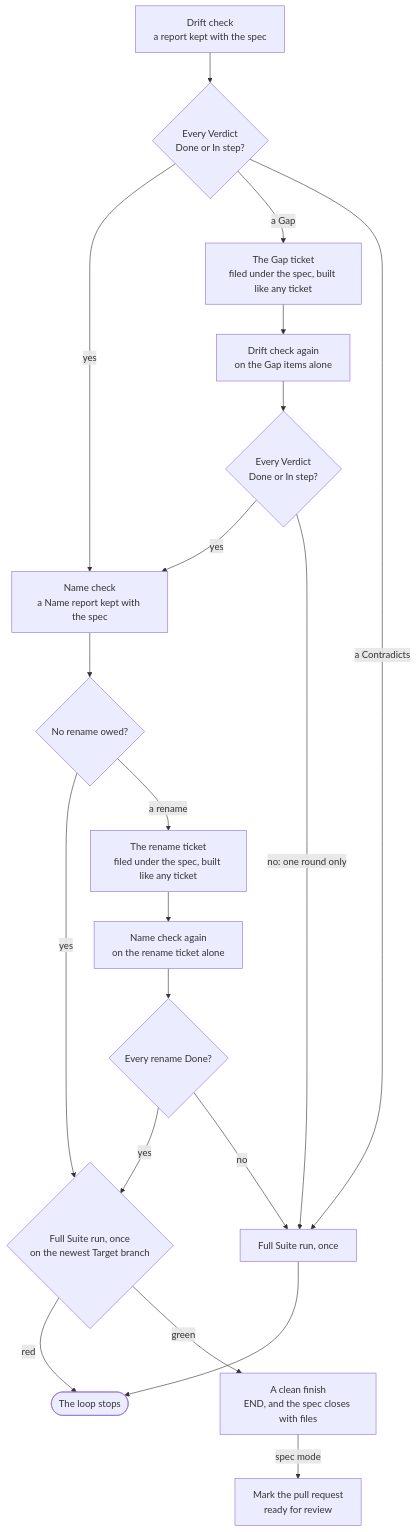
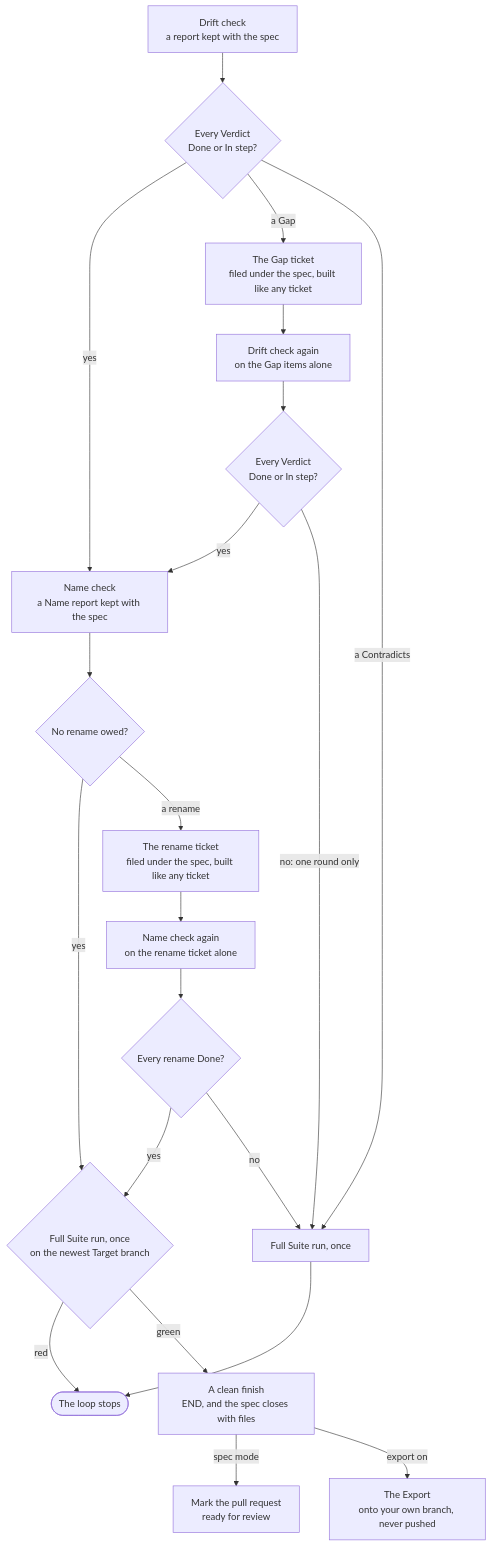
Before and after one commit to MalcolmMcNeely/skillworks: the diagram in docs/usage/the-loop/full-run.md, drawn with Mermaid. The commit also changed other lines of this file and 14 other files, not shown here.

First line of the commit message:
The loop Exports a finished spec onto the Export branch

````diff
--- a/docs/usage/the-loop/full-run.md
+++ b/docs/usage/the-loop/full-run.md
@@ -31,21 +31,22 @@
 ```mermaid
 flowchart TD
     drift["Drift check<br/>a report kept with the spec"] --> count{"Every Verdict<br/>Done or In step?"}
     count -- yes --> names["Name check<br/>a Name report kept with the spec"]
     count -- "a Gap" --> gaps["The Gap ticket<br/>filed under the spec, built like any ticket"]
     gaps --> recheck["Drift check again<br/>on the Gap items alone"]
     recheck --> recount{"Every Verdict<br/>Done or In step?"}
     recount -- yes --> names
     recount -- "no: one round only" --> last
     names --> renamed{"No rename owed?"}
     renamed -- yes --> full{"Full Suite run, once<br/>on the newest Target branch"}
     renamed -- "a rename" --> renames["The rename ticket<br/>filed under the spec, built like any ticket"]
     renames --> namerecheck["Name check again<br/>on the rename ticket alone"]
     namerecheck --> made{"Every rename Done?"}
     made -- yes --> full
     made -- no --> last
     count -- "a Contradicts" --> last["Full Suite run, once"] --> stop(["The loop stops"])
     full -- red --> stop
     full -- green --> clean["A clean finish<br/>END, and the spec closes with files"]
     clean -- "spec mode" --> ready["Mark the pull request<br/>ready for review"]
+    clean -- "export on" --> export["The Export<br/>onto your own branch, never pushed"]
 ```
````
